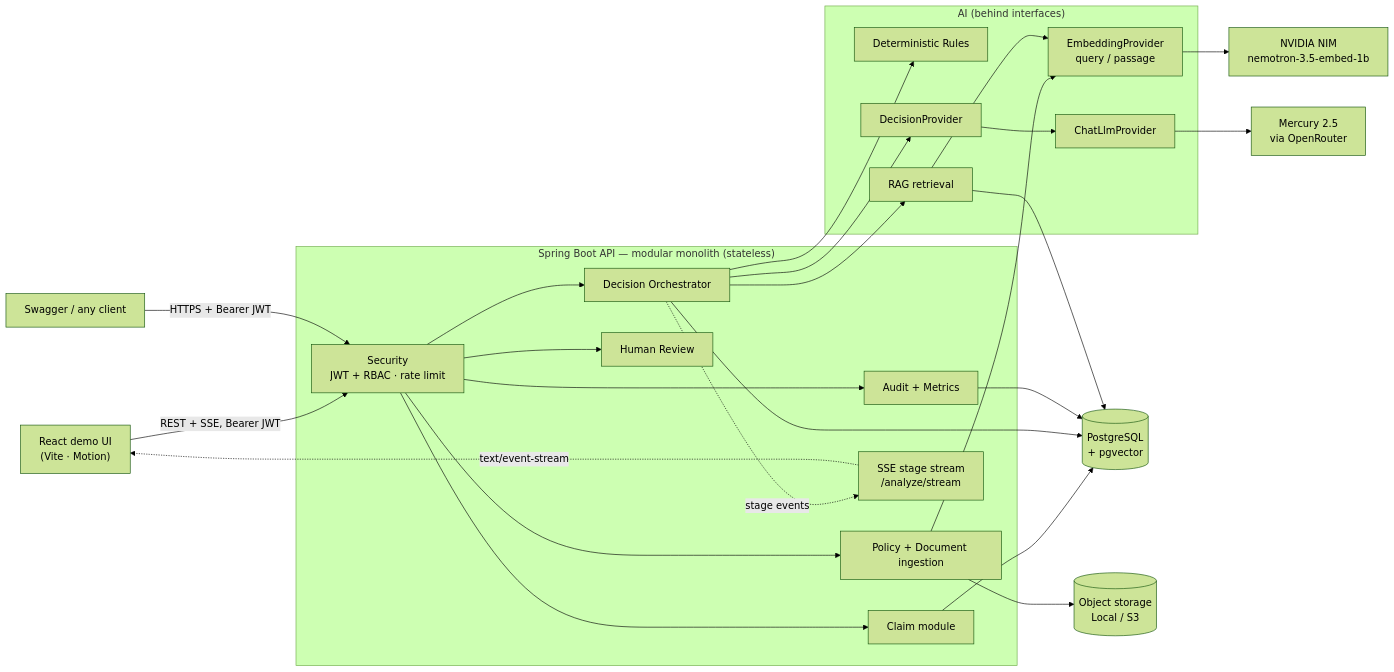
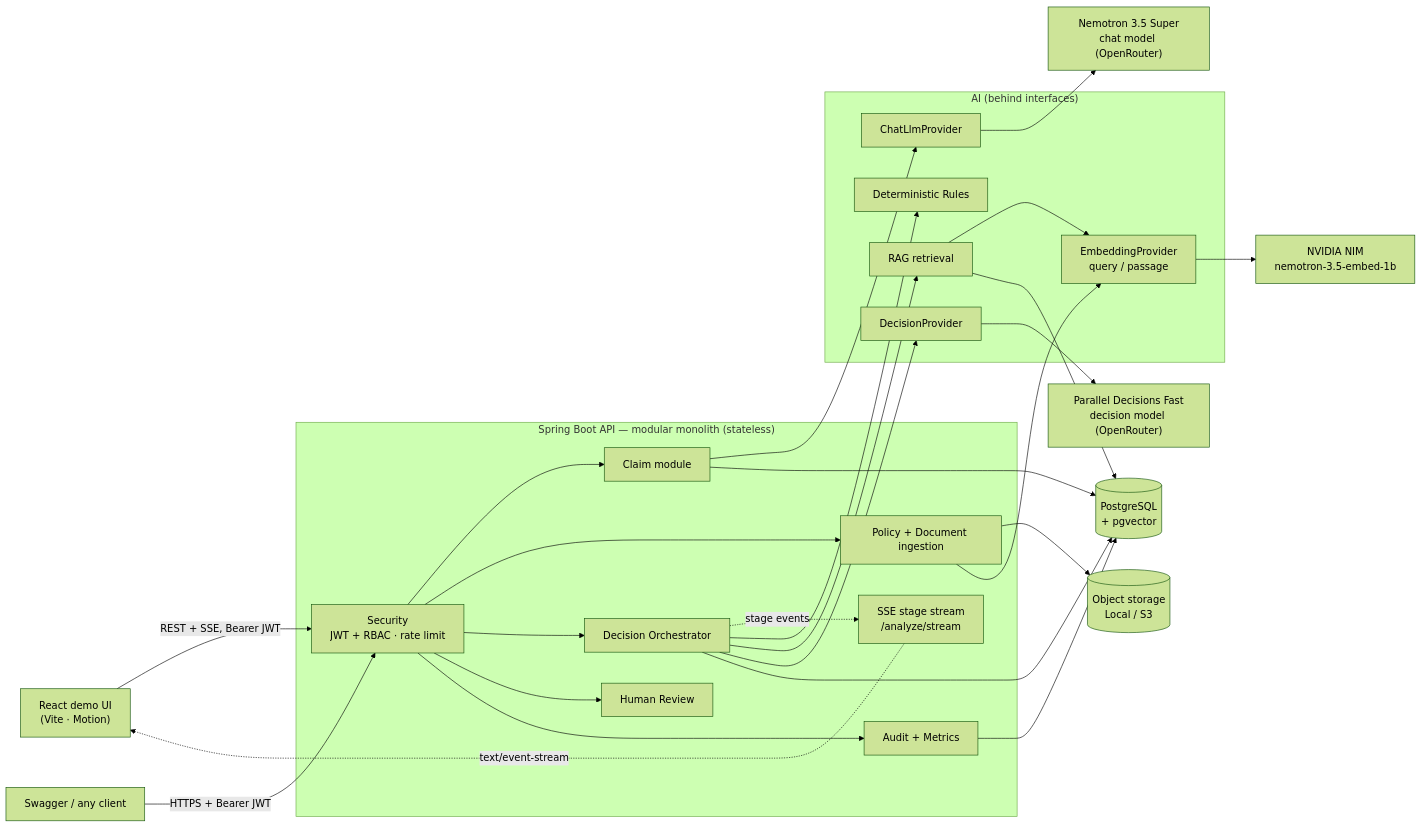
One commit to arshdeep3010/health-claim-decision-agent changed the first of 14 diagrams in PROJECT.md. Above: the diagram before and after it, drawn with Mermaid (forest theme). The commit also changed other lines of this file and 4 other files, not shown here.

First line of the commit message:
Docs: decision-model judge, live AWS deployment, test counts

````diff
--- a/PROJECT.md
+++ b/PROJECT.md
@@ -43,43 +45,45 @@
 ```mermaid
 flowchart LR
   ui["React demo UI<br/>(Vite · Motion)"]
   client["Swagger / any client"]
 
   subgraph app["Spring Boot API — modular monolith (stateless)"]
     sec["Security<br/>JWT + RBAC · rate limit"]
     claim["Claim module"]
     policy["Policy + Document ingestion"]
     orch["Decision Orchestrator"]
     sse["SSE stage stream<br/>/analyze/stream"]
     review["Human Review"]
     audit["Audit + Metrics"]
   end
 
   subgraph ai["AI (behind interfaces)"]
     rules["Deterministic Rules"]
     rag["RAG retrieval"]
     chat["ChatLlmProvider"]
     dprov["DecisionProvider"]
     emb["EmbeddingProvider<br/>query / passage"]
   end
 
   pg[("PostgreSQL<br/>+ pgvector")]
   store[("Object storage<br/>Local / S3")]
-  mercury["Mercury 2.5<br/>via OpenRouter"]
+  dm["Parallel Decisions Fast<br/>decision model (OpenRouter)"]
+  llm["Nemotron 3.5 Super<br/>chat model (OpenRouter)"]
   nim["NVIDIA NIM<br/>nemotron-3.5-embed-1b"]
 
   ui -->|"REST + SSE, Bearer JWT"| sec
   client -->|HTTPS + Bearer JWT| sec
   sec --> claim & policy & orch & review & audit
   orch -.->|"stage events"| sse
   sse -.->|"text/event-stream"| ui
   policy --> store
   policy --> emb
   orch --> rules
   orch --> rag --> emb --> nim
   rag --> pg
-  orch --> dprov --> chat --> mercury
+  orch --> dprov --> dm
+  claim --> chat --> llm
   claim --> pg
   orch --> pg
   audit --> pg
 ```
````
